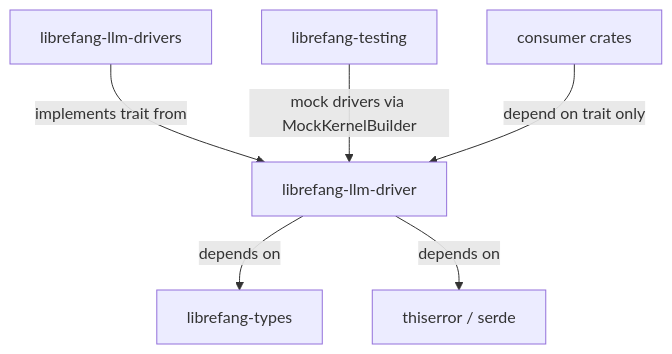
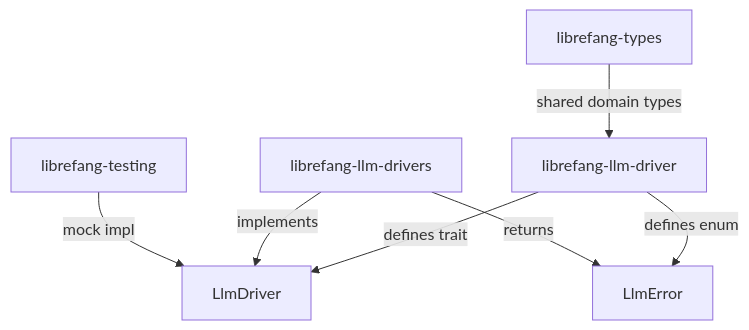
The diagram in other-librefang-llm-driver.md (leszek3737/librefang-WIki), drawn with Mermaid before and after one commit. The commit also changed other lines of this file and 119 other files, not shown here.

````diff
--- a/other-librefang-llm-driver.md
+++ b/other-librefang-llm-driver.md
@@ -9,8 +9,9 @@
 ```mermaid
 graph TD
-    A[librefang-llm-driver] -->|depends on| B[librefang-types]
-    A -->|depends on| C[thiserror / serde]
-    D[librefang-llm-drivers] -->|implements trait from| A
-    E[librefang-testing] -->|mock drivers via MockKernelBuilder| A
-    F[consumer crates] -->|depend on trait only| A
+    A[librefang-llm-driver] -->|defines trait| B[LlmDriver]
+    A -->|defines enum| C[LlmError]
+    D[librefang-llm-drivers] -->|implements| B
+    D -->|returns| C
+    E[librefang-testing] -->|mock impl| B
+    F[librefang-types] -->|shared domain types| A
 ```
````
